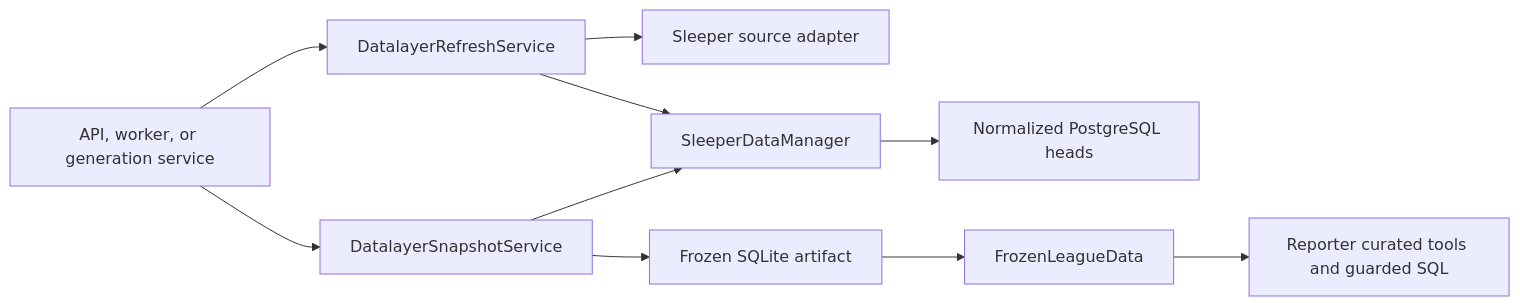
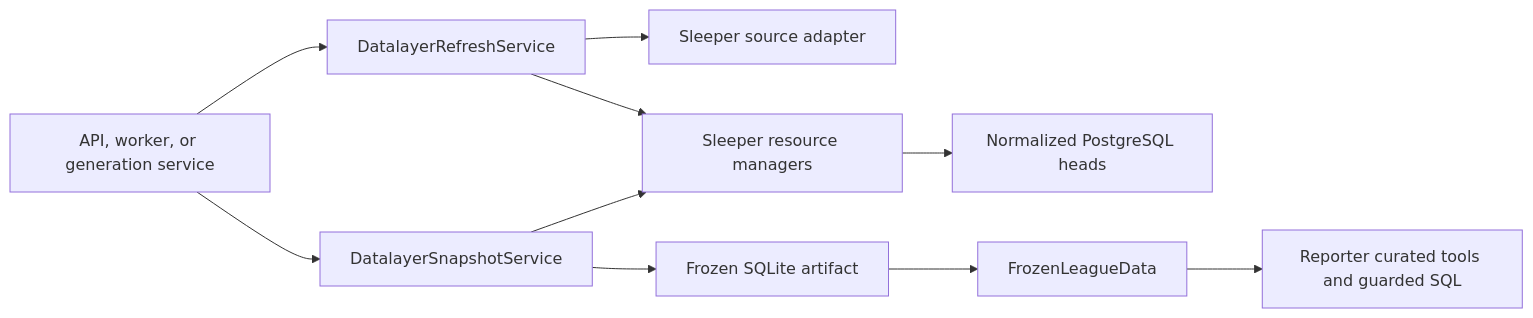
One commit to maxwn04/AIdamShefter-v2 changed the diagram in docs/datalayer/README.md. Above: the diagram before and after it, drawn with Mermaid. The commit also changed other lines of this file and 18 other files, not shown here.

````diff
--- a/docs/datalayer/README.md
+++ b/docs/datalayer/README.md
@@ -57,12 +57,12 @@
 ```mermaid
 flowchart LR
     Caller["API, worker, or generation service"] --> Refresh["DatalayerRefreshService"]
     Refresh --> Sleeper["Sleeper source adapter"]
-    Refresh --> Data["SleeperDataManager"]
+    Refresh --> Data["Sleeper resource managers"]
     Data --> Current["Normalized PostgreSQL heads"]
     Caller --> Snapshot["DatalayerSnapshotService"]
     Snapshot --> Data
     Snapshot --> Frozen["Frozen SQLite artifact"]
     Frozen --> Runtime["FrozenLeagueData"]
     Runtime --> Reporter["Reporter curated tools and guarded SQL"]
 ```
````
